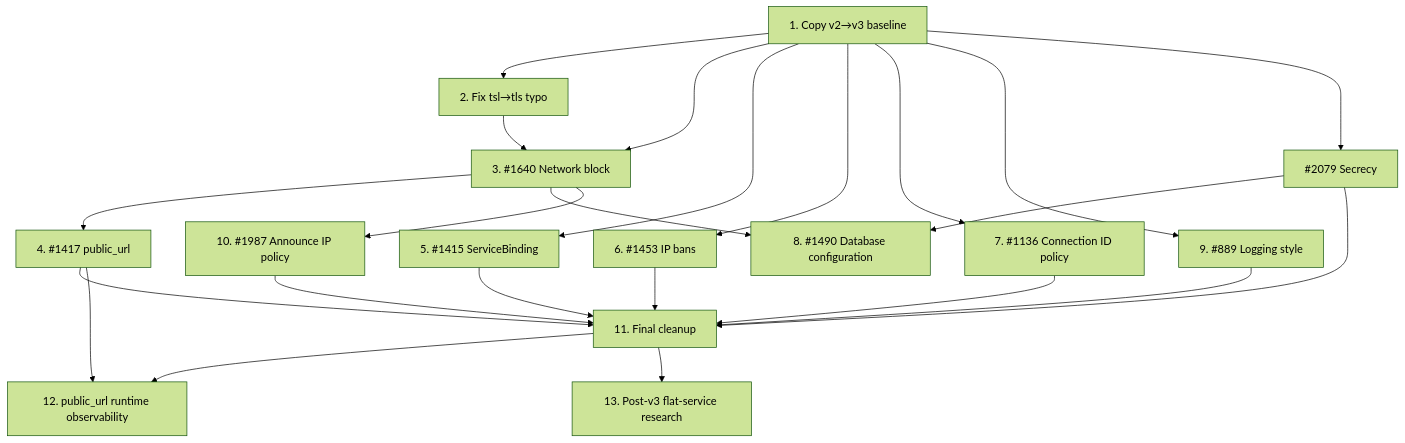
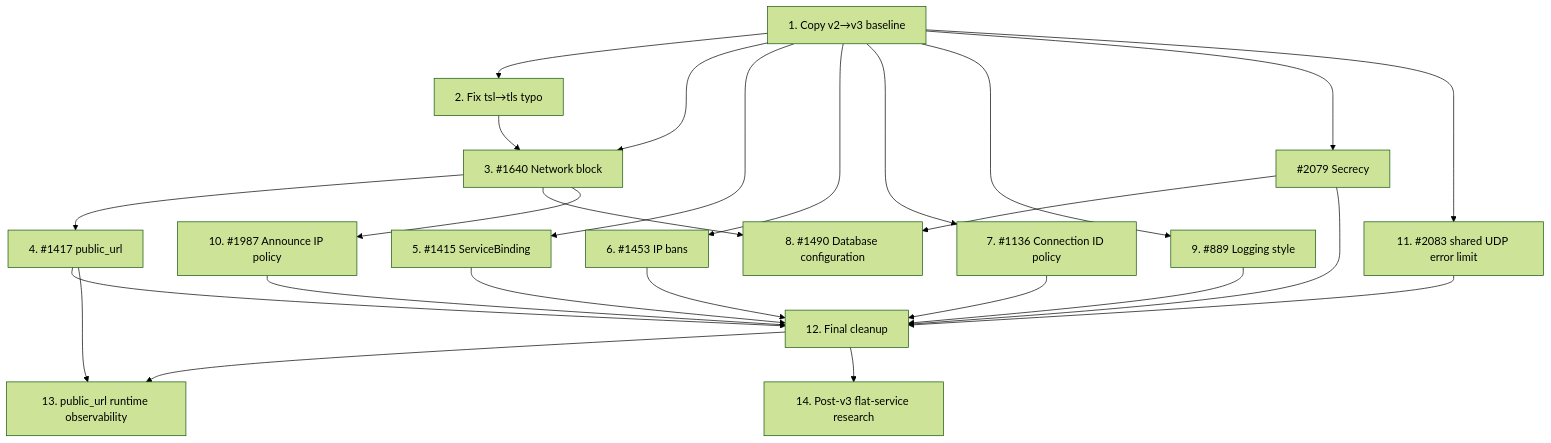
One commit to torrust/torrust-tracker changed the diagram in docs/issues/open/1978-configuration-overhaul-epic/EPIC.md. Above: the diagram before and after it, drawn with Mermaid (forest theme). The commit also changed other lines of this file and 2 other files, not shown here.

Commit message:
docs(issues): add #2083 UDP error-limit specification

````diff
--- a/docs/issues/open/1978-configuration-overhaul-epic/EPIC.md
+++ b/docs/issues/open/1978-configuration-overhaul-epic/EPIC.md
@@ -119,25 +120,27 @@
 ```mermaid
 graph TD
     sub1["1. Copy v2→v3 baseline"] --> sub2["2. Fix tsl→tls typo"]
     sub1 --> sub3["3. #1640 Network block"]
     sub1 --> sub5["5. #1415 ServiceBinding"]
     sub1 --> sub6["6. #1453 IP bans"]
       sub1 --> sub7["7. #1136 Connection ID policy"]
       sub1 --> sub9["9. #889 Logging style"]
     sub2 --> sub3
     sub3 --> sub4["4. #1417 public_url"]
       sub1 --> secrecy["#2079 Secrecy"]
       sub3 --> sub8["8. #1490 Database configuration"]
       secrecy --> sub8
       sub3 --> sub10["10. #1987 Announce IP policy"]
-      sub4 --> sub11["11. Final cleanup"]
-      sub5 --> sub11
-      sub6 --> sub11
-      sub7 --> sub11
-      secrecy --> sub11
-      sub9 --> sub11
-      sub10 --> sub11
-      sub4 --> sub12["12. public_url runtime observability"]
+      sub1 --> sub11["11. #2083 shared UDP error limit"]
+      sub4 --> sub12["12. Final cleanup"]
+      sub5 --> sub12
+      sub6 --> sub12
+      sub7 --> sub12
+      secrecy --> sub12
+      sub9 --> sub12
+      sub10 --> sub12
       sub11 --> sub12
-      sub11 --> sub13["13. Post-v3 flat-service research"]
+      sub4 --> sub13["13. public_url runtime observability"]
+      sub12 --> sub13
+      sub12 --> sub14["14. Post-v3 flat-service research"]
 ```
````
